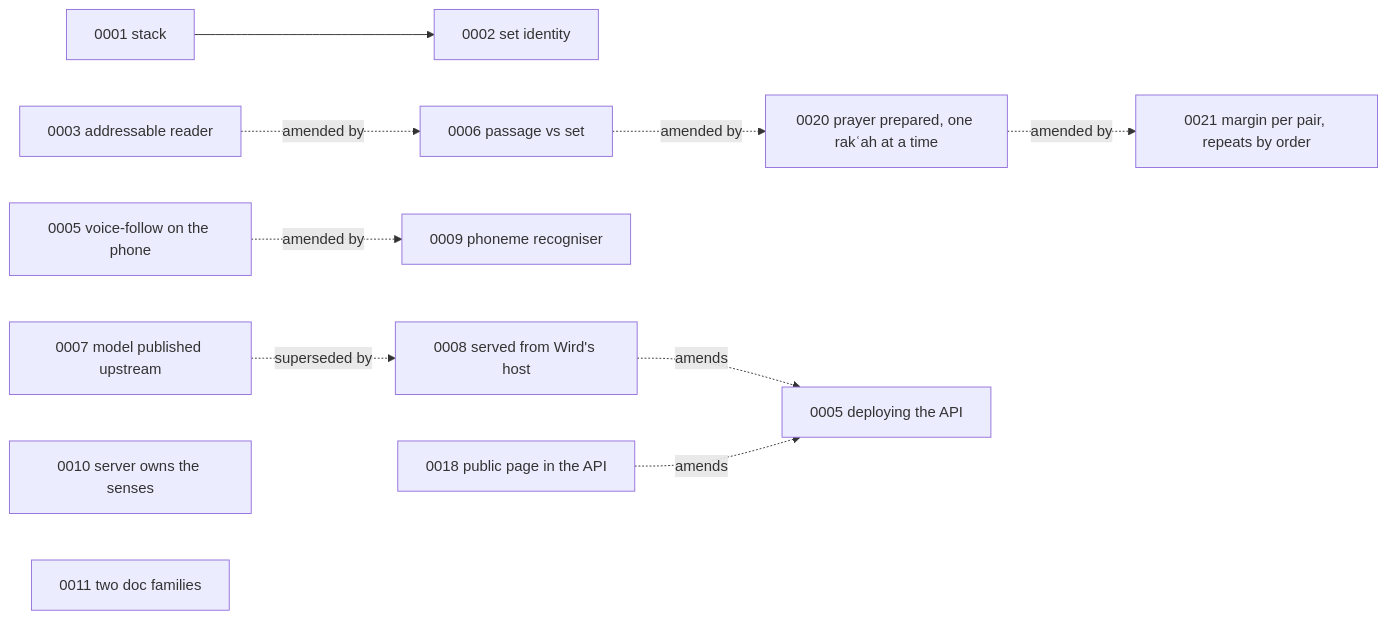
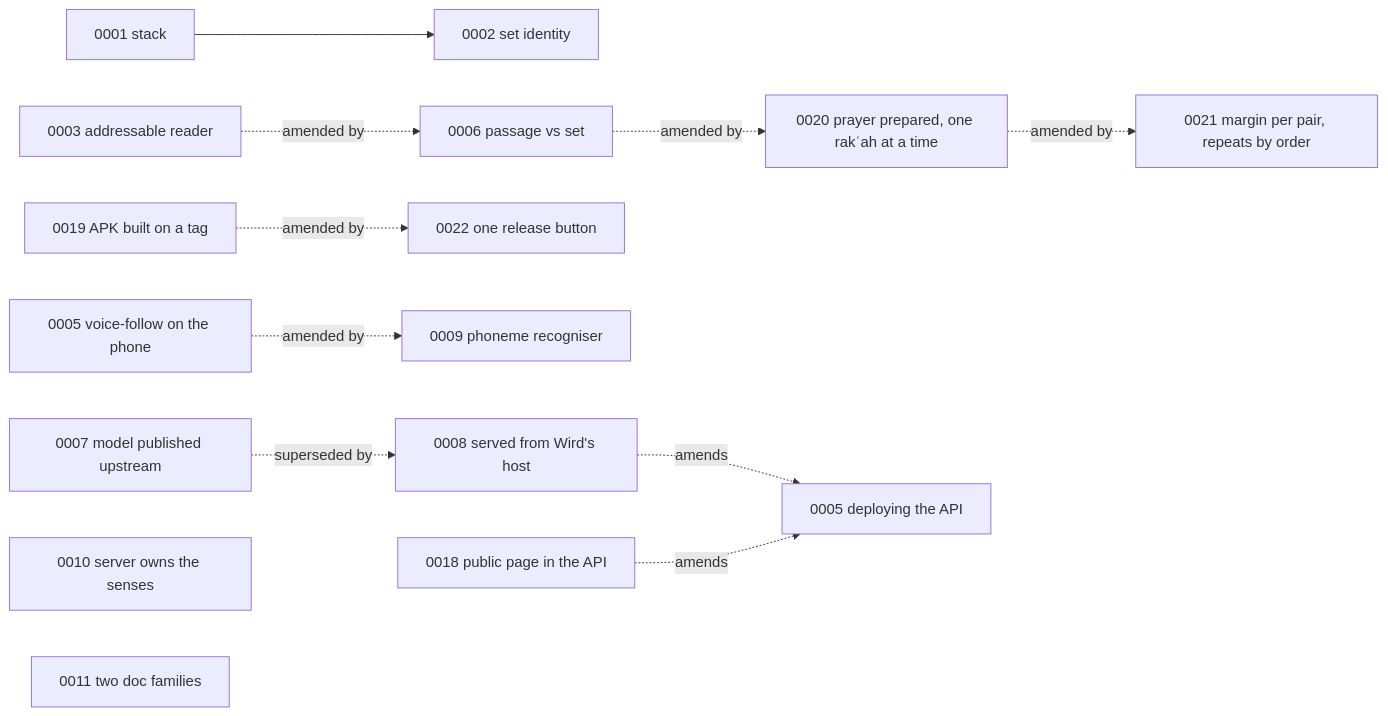
Before and after one commit to MohammadBnei/wird: the diagram in docs/adr/README.md, drawn with Mermaid. The commit also changed other lines of this file and 21 other files, not shown here.

First line of the commit message:
Cut releases with one button, from the one line that holds the version

````diff
--- a/docs/adr/README.md
+++ b/docs/adr/README.md
@@ -7,13 +7,14 @@
 ```mermaid
 flowchart LR
   A1[0001 stack] --> A2[0002 set identity]
   A3[0003 addressable reader] -. amended by .-> A6[0006 passage vs set]
   A6 -. amended by .-> A20[0020 prayer prepared, one rakʿah at a time]
   A20 -. amended by .-> A21[0021 margin per pair, repeats by order]
+  A19[0019 APK built on a tag] -. amended by .-> A22[0022 one release button]
   A5v[0005 voice-follow on the phone] -. amended by .-> A9[0009 phoneme recogniser]
   A7[0007 model published upstream] -. superseded by .-> A8[0008 served from Wird's host]
   A8 -. amends .-> A5d[0005 deploying the API]
   A10[0010 server owns the senses]
   A11[0011 two doc families]
   A18[0018 public page in the API] -. amends .-> A5d
 ```
````
